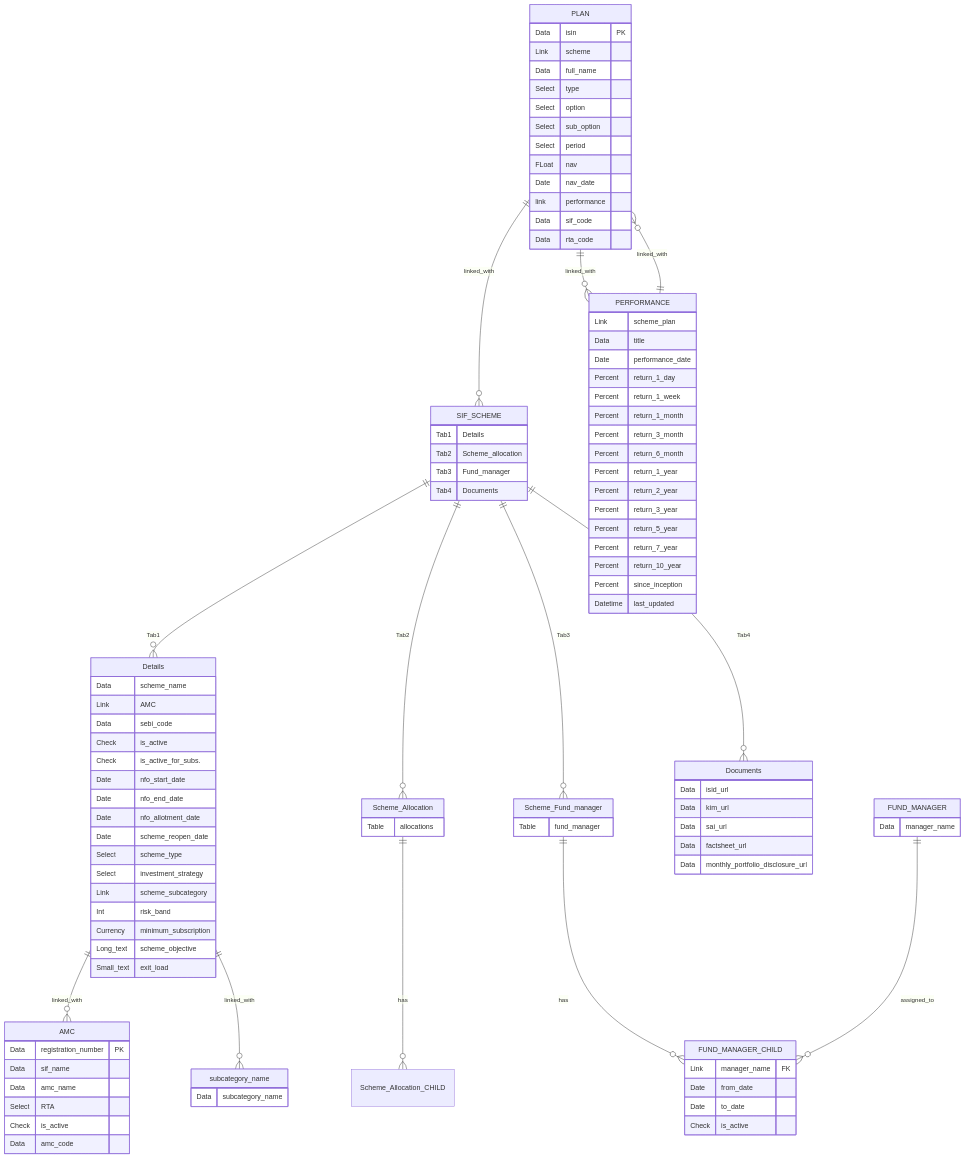
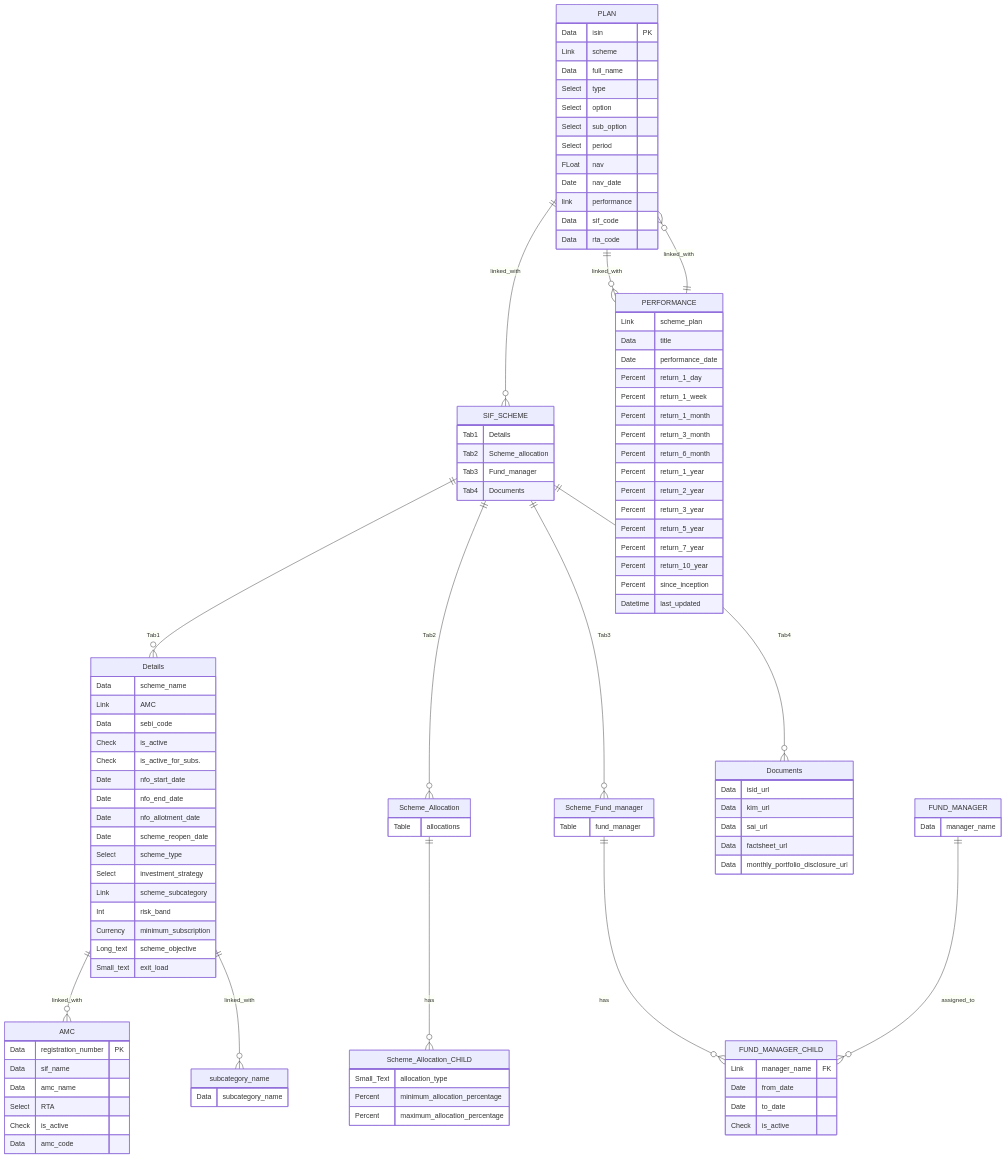
The diagram in sif_app/DOCTYPE architecture ER diagram.md (Satyam4755/My_SIF), drawn with Mermaid before and after one commit.

Commit message:
Update DOCTYPE architecture ER diagram.md

```diff
--- a/sif_app/DOCTYPE architecture ER diagram.md
+++ b/sif_app/DOCTYPE architecture ER diagram.md
@@ -102,6 +102,12 @@
         Data rta_code
     }
 
+    Scheme_Allocation_CHILD{
+        Small_Text allocation_type
+        Percent minimum_allocation_percentage
+        Percent maximum_allocation_percentage
+    }
+
     PERFORMANCE {
         Link scheme_plan
         Data title
```
